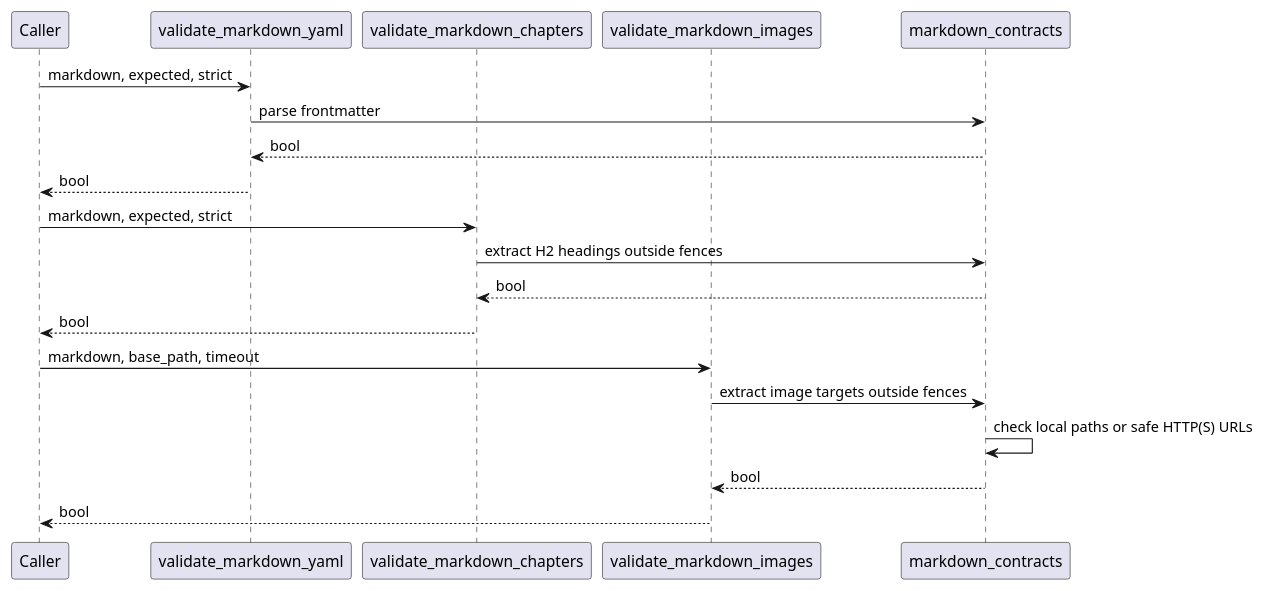
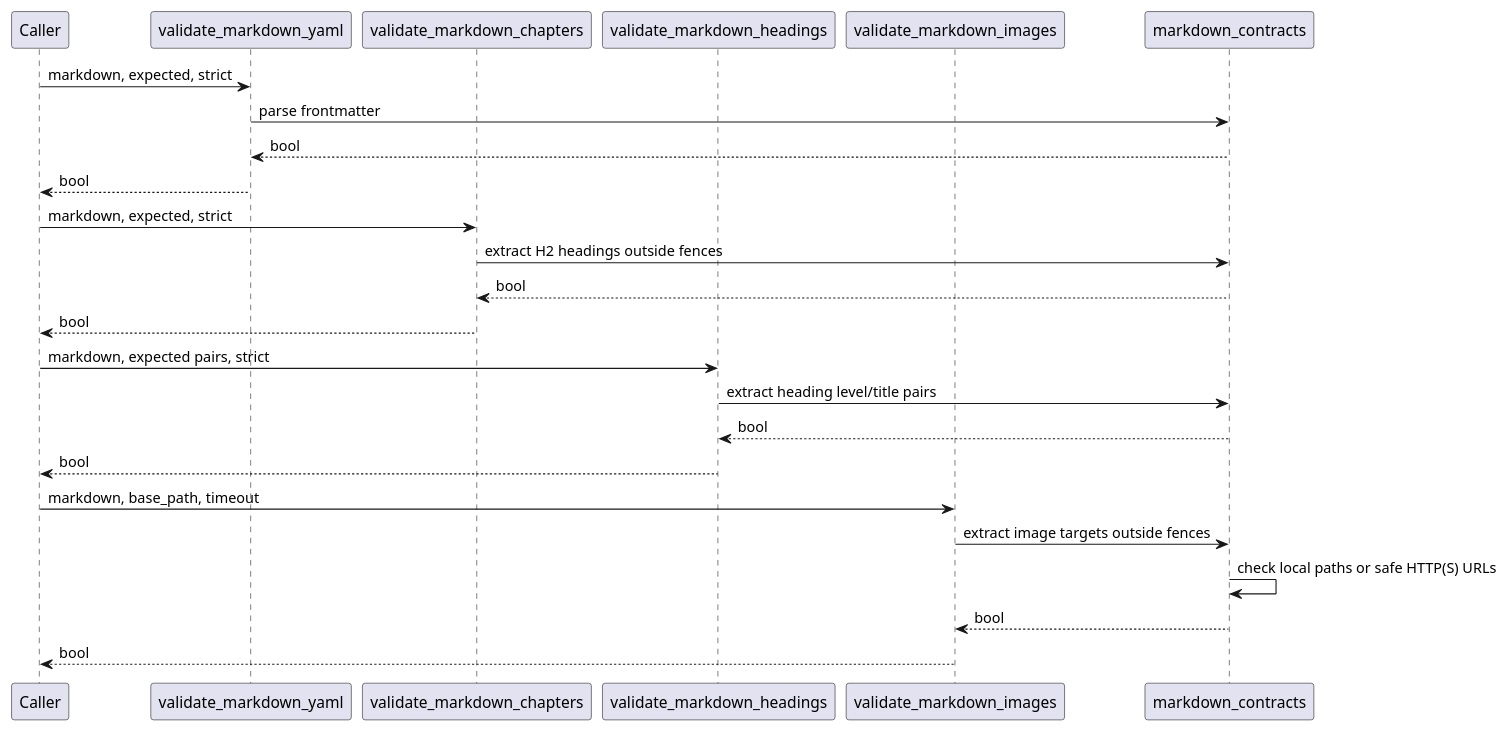
The eighth of 11 diagrams in docs/SDD.md (antoinebarre/mkforge), drawn with PlantUML before and after one commit. The commit also changed other lines of this file and 10 other files, not shown here.

````diff
--- a/docs/SDD.md
+++ b/docs/SDD.md
@@ -402,25 +402,31 @@
 ```plantuml
 @startuml validation-sequence
 participant Caller
 participant "validate_markdown_yaml" as YAML
 participant "validate_markdown_chapters" as Chapters
+participant "validate_markdown_headings" as Headings
 participant "validate_markdown_images" as Images
 participant "markdown_contracts" as Contracts
 
 Caller -> YAML: markdown, expected, strict
 YAML -> Contracts: parse frontmatter
 Contracts --> YAML: bool
 YAML --> Caller: bool
 
 Caller -> Chapters: markdown, expected, strict
 Chapters -> Contracts: extract H2 headings outside fences
 Contracts --> Chapters: bool
 Chapters --> Caller: bool
 
+Caller -> Headings: markdown, expected pairs, strict
+Headings -> Contracts: extract heading level/title pairs
+Contracts --> Headings: bool
+Headings --> Caller: bool
+
 Caller -> Images: markdown, base_path, timeout
 Images -> Contracts: extract image targets outside fences
 Contracts -> Contracts: check local paths or safe HTTP(S) URLs
 Contracts --> Images: bool
 Images --> Caller: bool
 @enduml
 ```
````
